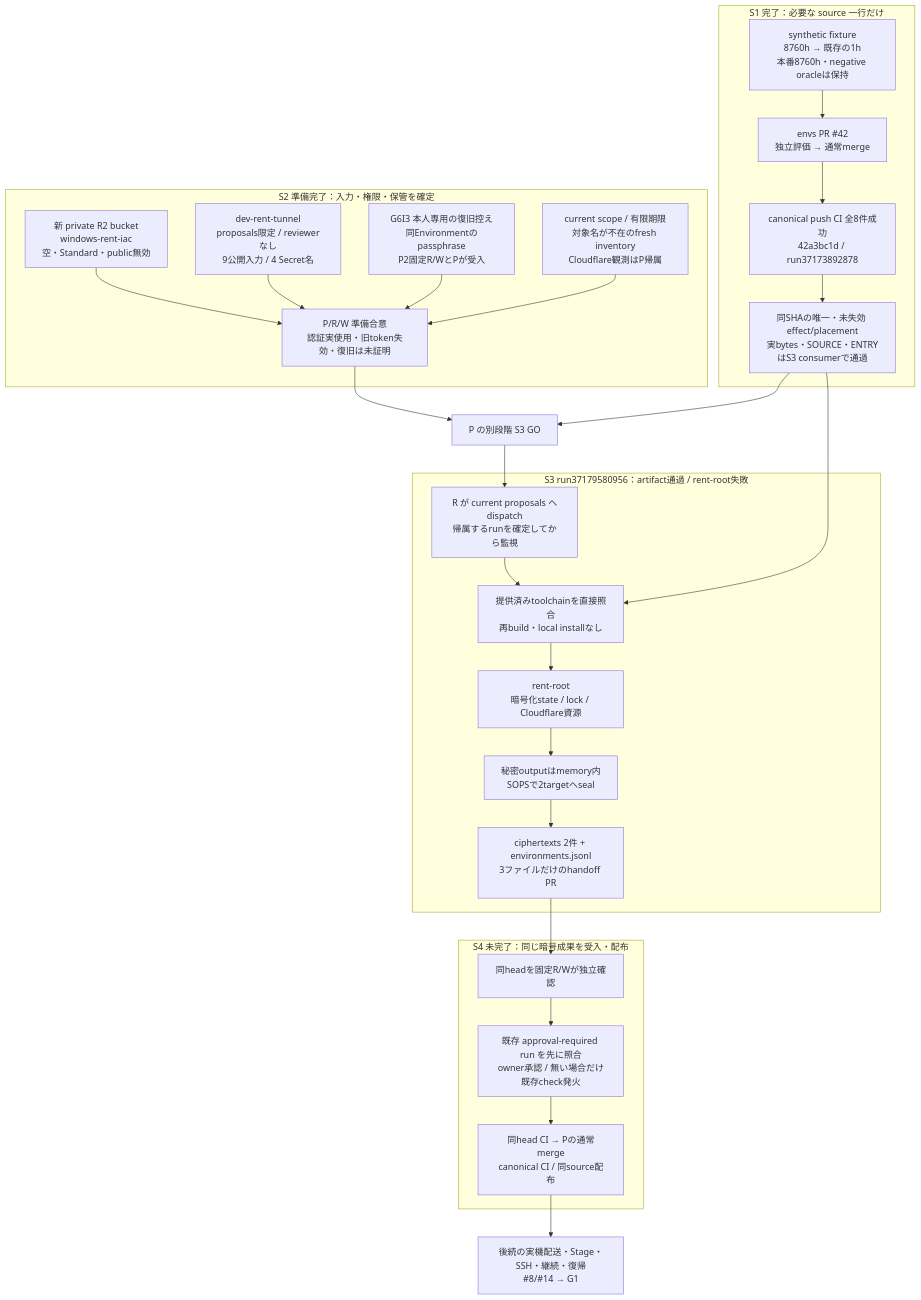
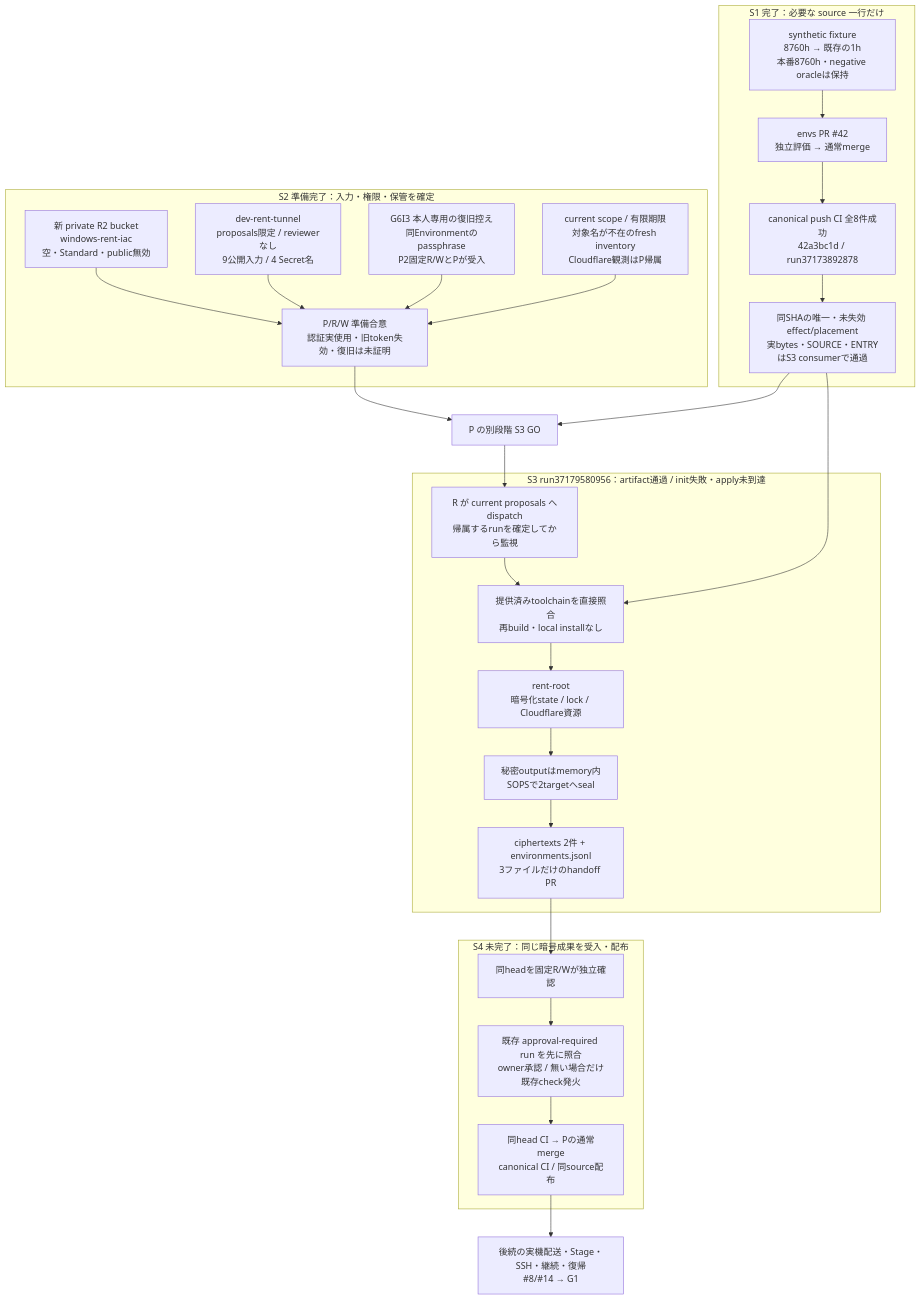
Before and after one commit to roccho-dev/windows: the third of 5 diagrams in docs/rent-cloudflare-flow.md, drawn with Mermaid. The commit also changed other lines of this file, not shown here.

````diff
--- a/docs/rent-cloudflare-flow.md
+++ b/docs/rent-cloudflare-flow.md
@@ -136,42 +136,42 @@
 ```mermaid
 flowchart TB
   subgraph s1["S1 完了：必要な source 一行だけ"]
     fixture["synthetic fixture<br/>8760h → 既存の1h<br/>本番8760h・negative oracleは保持"]
     pr42["envs PR #42<br/>独立評価 → 通常merge"]
     ci42["canonical push CI 全8件成功<br/>42a3bc1d / run37173892878"]
     artifact["同SHAの唯一・未失効 effect/placement<br/>実bytes・SOURCE・ENTRYはS3 consumerで通過"]
     fixture --> pr42 --> ci42 --> artifact
   end
   subgraph s2["S2 準備完了：入力・権限・保管を確定"]
     bucket["新 private R2 bucket<br/>windows-rent-iac<br/>空・Standard・public無効"]
     environment["dev-rent-tunnel<br/>proposals限定 / reviewerなし<br/>9公開入力 / 4 Secret名"]
     custody["G6I3 本人専用の復旧控え<br/>同Environmentのpassphrase<br/>P2固定R/WとPが受入"]
     inventory["current scope / 有限期限<br/>対象名が不在のfresh inventory<br/>Cloudflare観測はP帰属"]
     s2ready["P/R/W 準備合意<br/>認証実使用・旧token失効・復旧は未証明"]
     bucket --> s2ready
     environment --> s2ready
     custody --> s2ready
     inventory --> s2ready
   end
   go["P の別段階 S3 GO"]
-  subgraph s3["S3 run37179580956：artifact通過 / rent-root失敗"]
+  subgraph s3["S3 run37179580956：artifact通過 / init失敗・apply未到達"]
     dispatch["R が current proposals へdispatch<br/>帰属するrunを確定してから監視"]
     consume["提供済みtoolchainを直接照合<br/>再build・local installなし"]
     apply["rent-root<br/>暗号化state / lock / Cloudflare資源"]
     envelopes["秘密outputはmemory内<br/>SOPSで2targetへseal"]
     handoff["ciphertexts 2件 + environments.jsonl<br/>3ファイルだけのhandoff PR"]
     dispatch --> consume --> apply --> envelopes --> handoff
   end
   subgraph s4["S4 未完了：同じ暗号成果を受入・配布"]
     rw["同headを固定R/Wが独立確認"]
     approval["既存 approval-required run を先に照合<br/>owner承認 / 無い場合だけ既存check発火"]
     merge["同head CI → Pの通常merge<br/>canonical CI / 同source配布"]
     rw --> approval --> merge
   end
   artifact --> go
   s2ready --> go
   go --> dispatch
   artifact --> consume
   handoff --> rw
   merge --> later["後続の実機配送・Stage・SSH・継続・復帰<br/>#8/#14 → G1"]
 ```
````
